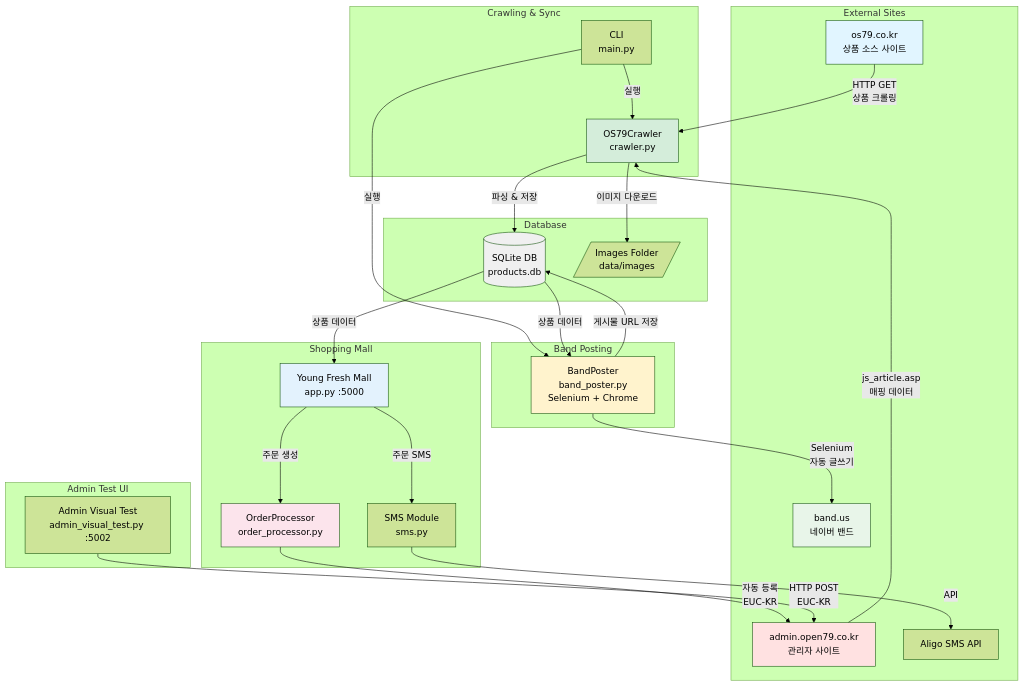
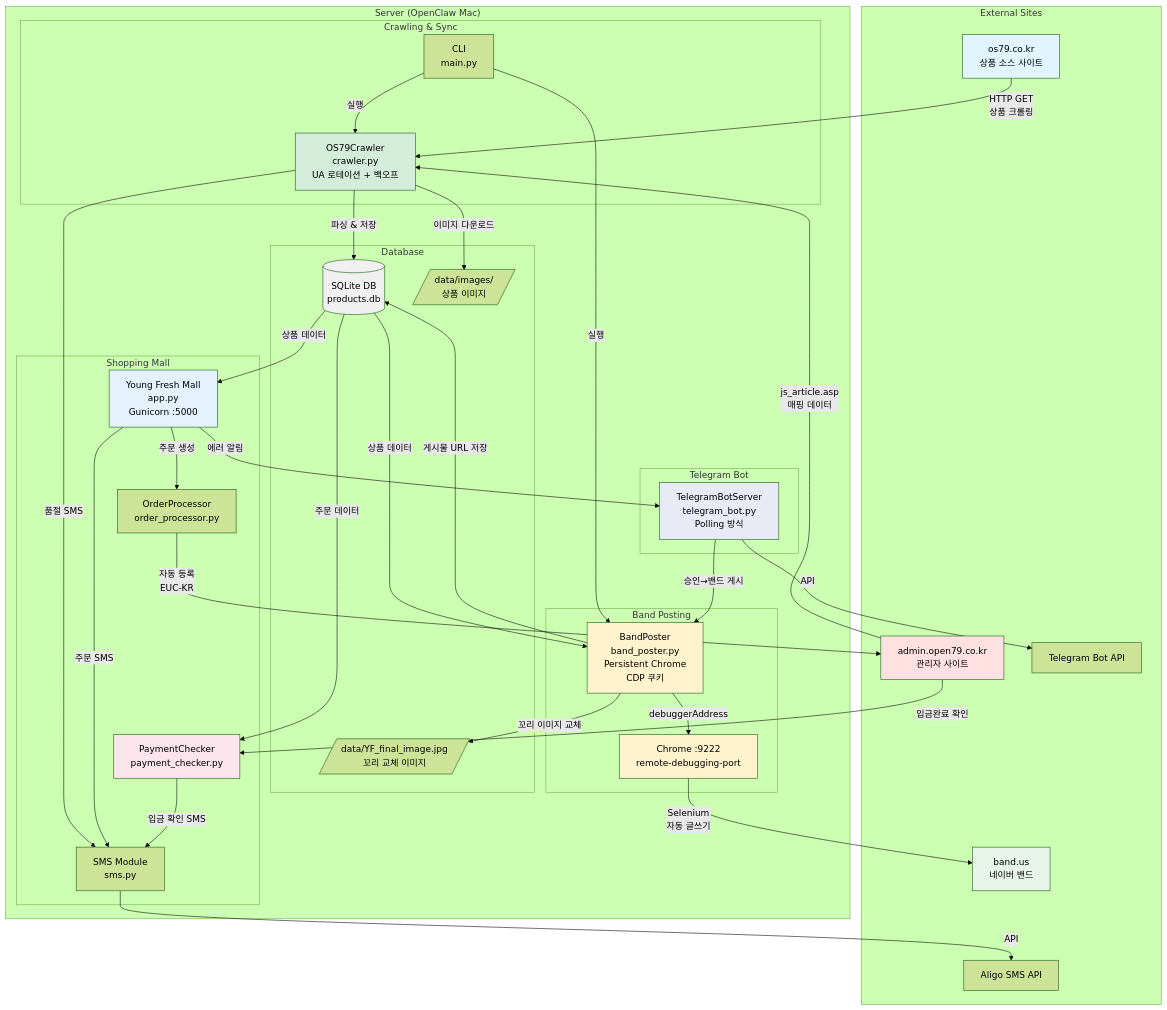
Before and after one commit to Yejinius/Fruits_final: the first of 7 diagrams in PROJECT_DOCUMENTATION.md, drawn with Mermaid (forest theme). The commit also changed other lines of this file, not shown here.

````diff
--- a/PROJECT_DOCUMENTATION.md
+++ b/PROJECT_DOCUMENTATION.md
@@ -22,62 +27,78 @@
 ```mermaid
 graph TB
     subgraph "External Sites"
         OS79[os79.co.kr<br/>상품 소스 사이트]
         ADMIN[admin.open79.co.kr<br/>관리자 사이트]
         BAND[band.us<br/>네이버 밴드]
         ALIGO[Aligo SMS API]
+        TGAPI[Telegram Bot API]
     end
 
-    subgraph "Crawling & Sync"
-        CRAWLER[OS79Crawler<br/>crawler.py]
-        MAIN[CLI<br/>main.py]
-    end
+    subgraph "Server (OpenClaw Mac)"
+        subgraph "Crawling & Sync"
+            CRAWLER[OS79Crawler<br/>crawler.py<br/>UA 로테이션 + 백오프]
+            MAIN[CLI<br/>main.py]
+        end
 
-    subgraph "Database"
-        DB[(SQLite DB<br/>products.db)]
-        IMAGES[/Images Folder<br/>data/images/]
-    end
+        subgraph "Database"
+            DB[(SQLite DB<br/>products.db)]
+            IMAGES[/data/images/<br/>상품 이미지/]
+            TAIL[/data/YF_final_image.jpg<br/>꼬리 교체 이미지/]
+        end
 
-    subgraph "Shopping Mall"
-        MALL[Young Fresh Mall<br/>app.py :5000]
-        ORDER[OrderProcessor<br/>order_processor.py]
-        SMS[SMS Module<br/>sms.py]
-    end
+        subgraph "Shopping Mall"
+            MALL[Young Fresh Mall<br/>app.py<br/>Gunicorn :5000]
+            ORDER[OrderProcessor<br/>order_processor.py]
+            SMS[SMS Module<br/>sms.py]
+            PAYCHK[PaymentChecker<br/>payment_checker.py]
+        end
 
-    subgraph "Band Posting"
-        POSTER[BandPoster<br/>band_poster.py<br/>Selenium + Chrome]
-    end
+        subgraph "Band Posting"
+            POSTER[BandPoster<br/>band_poster.py<br/>Persistent Chrome<br/>CDP 쿠키]
+            CHROME[Chrome :9222<br/>remote-debugging-port]
+        end
 
-    subgraph "Admin Test UI"
-        ADMINTEST[Admin Visual Test<br/>admin_visual_test.py :5002]
+        subgraph "Telegram Bot"
+            TGBOT[TelegramBotServer<br/>telegram_bot.py<br/>Polling 방식]
+        end
     end
 
     OS79 -->|HTTP GET<br/>상품 크롤링| CRAWLER
     ADMIN -->|js_article.asp<br/>매핑 데이터| CRAWLER
+    ADMIN -->|입금완료 확인| PAYCHK
     CRAWLER -->|파싱 & 저장| DB
     CRAWLER -->|이미지 다운로드| IMAGES
+    CRAWLER -->|품절 SMS| SMS
     MAIN -->|실행| CRAWLER
     MAIN -->|실행| POSTER
 
     DB -->|상품 데이터| MALL
     DB -->|상품 데이터| POSTER
+    DB -->|주문 데이터| PAYCHK
 
     MALL -->|주문 생성| ORDER
     ORDER -->|자동 등록<br/>EUC-KR| ADMIN
     MALL -->|주문 SMS| SMS
+    PAYCHK -->|입금 확인 SMS| SMS
     SMS -->|API| ALIGO
 
-    POSTER -->|Selenium<br/>자동 글쓰기| BAND
+    POSTER -->|debuggerAddress| CHROME
+    CHROME -->|Selenium<br/>자동 글쓰기| BAND
     POSTER -->|게시물 URL 저장| DB
+    POSTER -->|꼬리 이미지 교체| TAIL
 
-    ADMINTEST -->|HTTP POST<br/>EUC-KR| ADMIN
+    TGBOT -->|승인→밴드 게시| POSTER
+    TGBOT -->|API| TGAPI
+    MALL -->|에러 알림| TGBOT
 
     style OS79 fill:#e1f5ff
     style ADMIN fill:#ffe1e1
     style BAND fill:#e8f5e9
     style DB fill:#f0f0f0
     style CRAWLER fill:#d4edda
     style POSTER fill:#fff3cd
     style MALL fill:#e3f2fd
-    style ORDER fill:#fce4ec
+    style TGBOT fill:#e8eaf6
+    style CHROME fill:#fff3cd
+    style PAYCHK fill:#fce4ec
 ```
````
